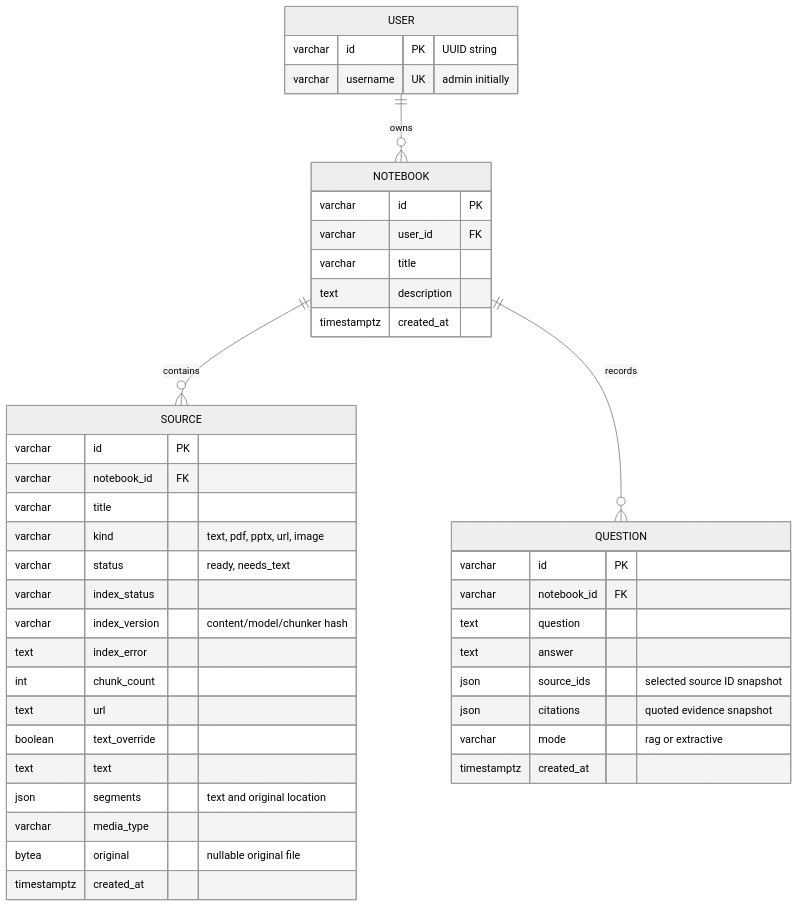
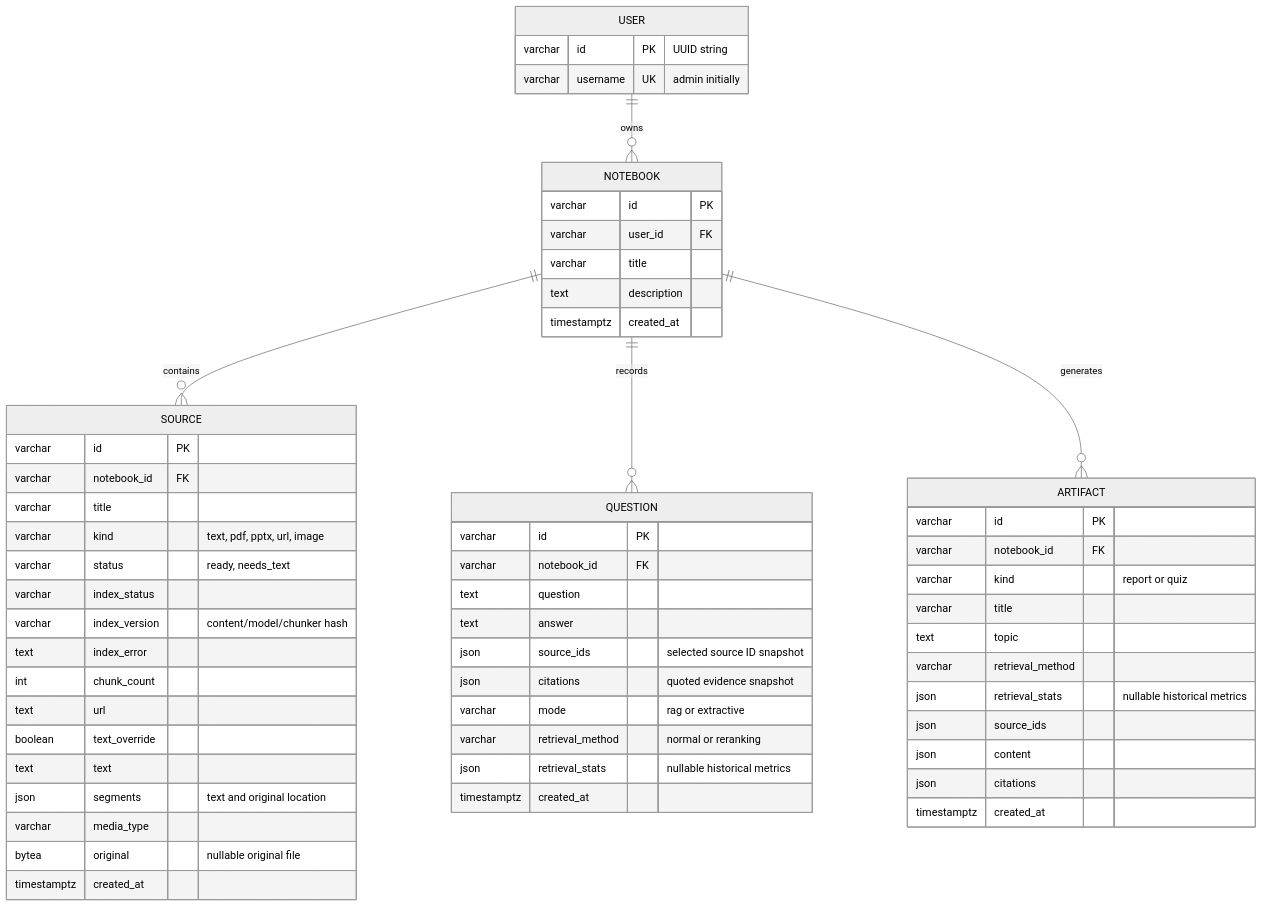
One commit to ratuku/NotebookAI changed the second of 2 diagrams in docs/architecture.md. Above: the diagram before and after it, drawn with Mermaid (neutral theme). The commit also changed other lines of this file and 41 other files, not shown here.

````diff
--- a/docs/architecture.md
+++ b/docs/architecture.md
@@ -21,46 +21,62 @@
 ```mermaid
 erDiagram
     USER ||--o{ NOTEBOOK : owns
     NOTEBOOK ||--o{ SOURCE : contains
     NOTEBOOK ||--o{ QUESTION : records
+    NOTEBOOK ||--o{ ARTIFACT : generates
 
     USER {
         varchar id PK "UUID string"
         varchar username UK "admin initially"
     }
     NOTEBOOK {
         varchar id PK
         varchar user_id FK
         varchar title
         text description
         timestamptz created_at
     }
     SOURCE {
         varchar id PK
         varchar notebook_id FK
         varchar title
         varchar kind "text, pdf, pptx, url, image"
         varchar status "ready, needs_text"
         varchar index_status
         varchar index_version "content/model/chunker hash"
         text index_error
         int chunk_count
         text url
         boolean text_override
         text text
         json segments "text and original location"
         varchar media_type
         bytea original "nullable original file"
         timestamptz created_at
     }
+    ARTIFACT {
+        varchar id PK
+        varchar notebook_id FK
+        varchar kind "report or quiz"
+        varchar title
+        text topic
+        varchar retrieval_method
+        json retrieval_stats "nullable historical metrics"
+        json source_ids
+        json content
+        json citations
+        timestamptz created_at
+    }
     QUESTION {
         varchar id PK
         varchar notebook_id FK
         text question
         text answer
         json source_ids "selected source ID snapshot"
         json citations "quoted evidence snapshot"
         varchar mode "rag or extractive"
+        varchar retrieval_method "normal or reranking"
+        json retrieval_stats "nullable historical metrics"
         timestamptz created_at
     }
 ```
````
